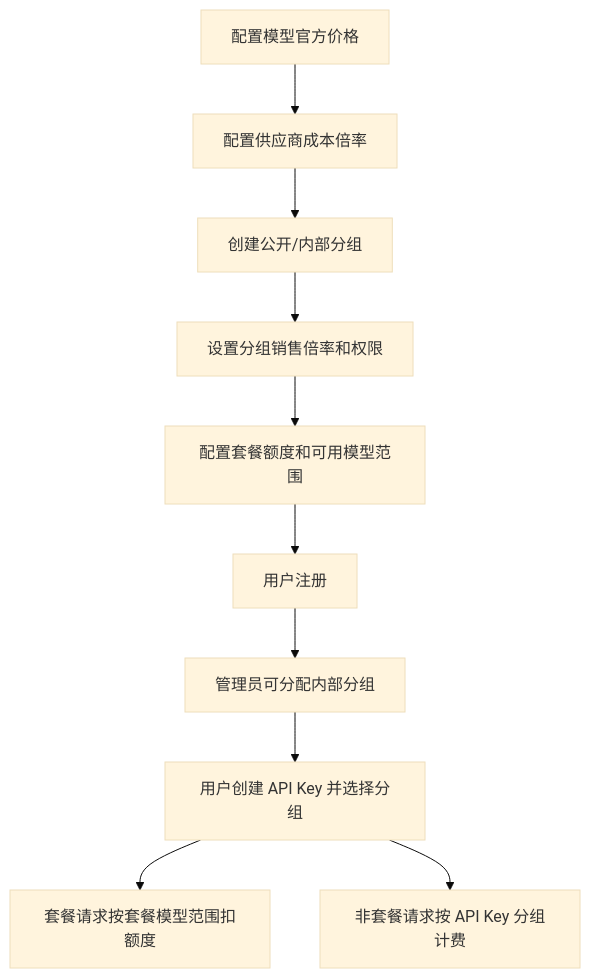
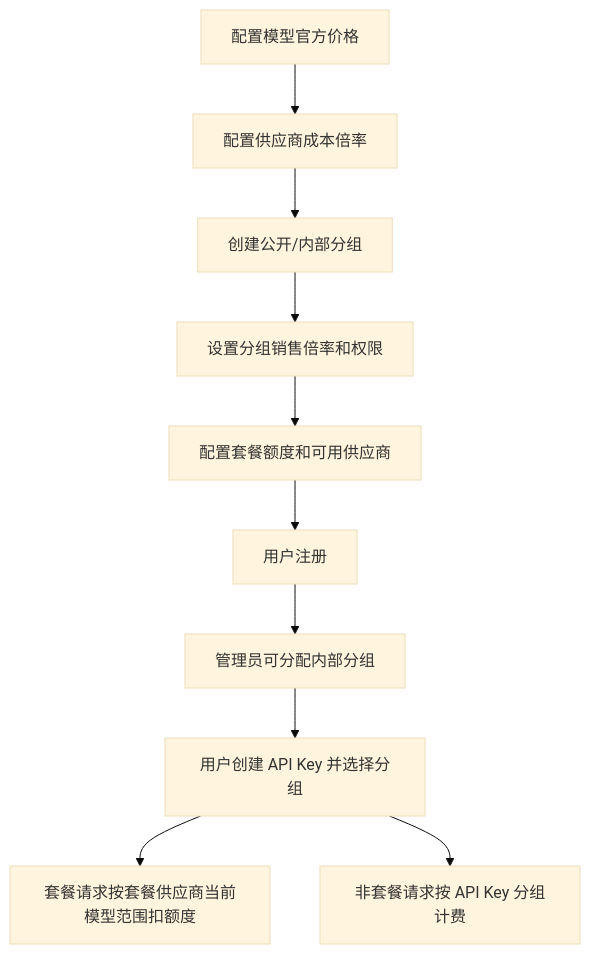
One commit to ryfineZ/Niffler changed the fourth of 4 diagrams in docs/architecture/group-api-key-pricing-plan-design.md. Above: the diagram before and after it, drawn with Mermaid (base theme). The commit also changed other lines of this file and 24 other files, not shown here.

````diff
--- a/docs/architecture/group-api-key-pricing-plan-design.md
+++ b/docs/architecture/group-api-key-pricing-plan-design.md
@@ -396,12 +395,12 @@
 ```mermaid
 flowchart TD
   A[配置模型官方价格] --> B[配置供应商成本倍率]
   B --> C[创建公开/内部分组]
   C --> D[设置分组销售倍率和权限]
-  D --> E[配置套餐额度和可用模型范围]
+  D --> E[配置套餐额度和可用供应商]
   E --> F[用户注册]
   F --> G[管理员可分配内部分组]
   G --> H[用户创建 API Key 并选择分组]
-  H --> I[套餐请求按套餐模型范围扣额度]
+  H --> I[套餐请求按套餐供应商当前模型范围扣额度]
   H --> J[非套餐请求按 API Key 分组计费]
 ```
````
